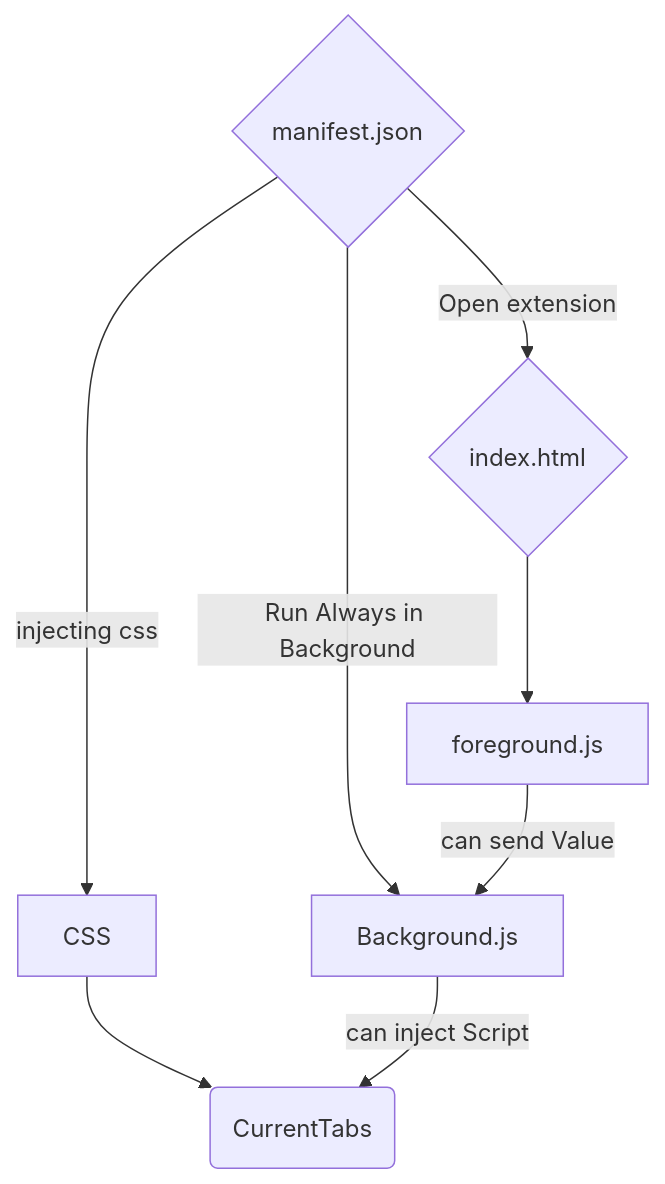
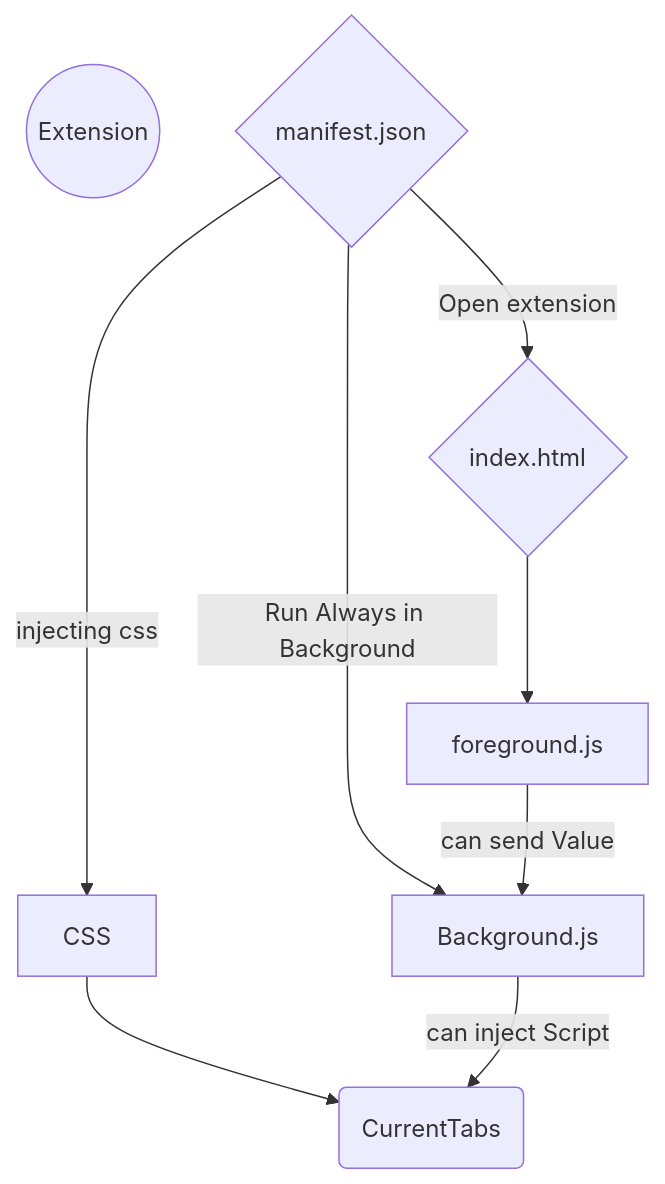
One commit to yoschigamer/youtubeRework changed the first of 2 diagrams in README.md. Above: the diagram before and after it, drawn with Mermaid. The commit also changed other lines of this file, not shown here.

````diff
--- a/README.md
+++ b/README.md
@@ -3,15 +3,16 @@
 ```mermaid
 graph 
+0((Extension))
 A{manifest.json}
 B[Background.js]
 D(CurrentTabs)
 
 B'[CSS]
 
 B_isOpen{index.html}
 C_isOpen[foreground.js]
 
 A -- injecting css --> B' --> D
 A -- Run Always in Background --> B -- can inject Script --> D
 A -- Open extension --> B_isOpen --> C_isOpen -- can send Value --> B
 ```
````
